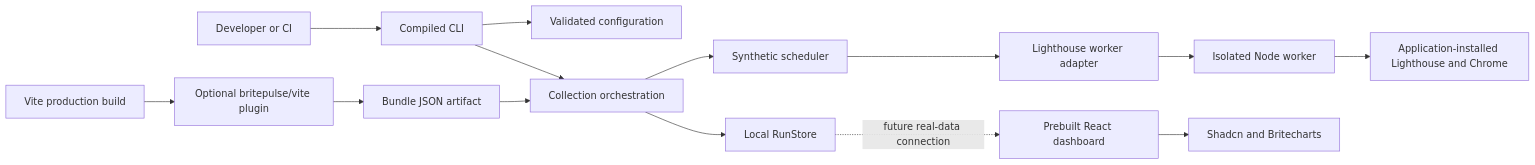
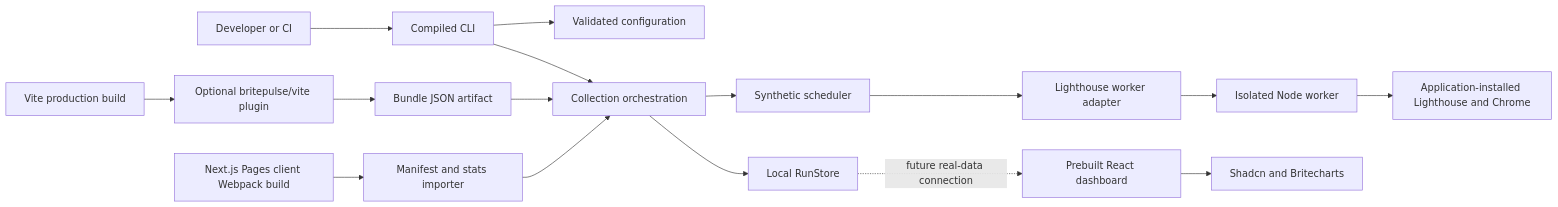
Before and after one commit to Golodhros/britepulse: the first of 3 diagrams in Architecture.md, drawn with Mermaid. The commit also changed other lines of this file and 17 other files, not shown here.

Commit message:
feat: import Next Pages Webpack initial assets

````diff
--- a/Architecture.md
+++ b/Architecture.md
@@ -9,16 +9,18 @@
 ```mermaid
 flowchart LR
   User[Developer or CI] --> CLI[Compiled CLI]
   CLI --> Config[Validated configuration]
   CLI --> Collect[Collection orchestration]
   Collect --> Store[Local RunStore]
   Collect --> Schedule[Synthetic scheduler]
   Schedule --> Adapter[Lighthouse worker adapter]
   Adapter --> Worker[Isolated Node worker]
   Worker --> Chrome[Application-installed Lighthouse and Chrome]
   App[Vite production build] --> Plugin[Optional britepulse/vite plugin]
   Plugin --> Artifact[Bundle JSON artifact]
   Artifact --> Collect
+  Next[Next.js Pages client Webpack build] --> NextImport[Manifest and stats importer]
+  NextImport --> Collect
   Store -. future real-data connection .-> UI[Prebuilt React dashboard]
   UI --> Charts[Shadcn and Britecharts]
 ```
````
